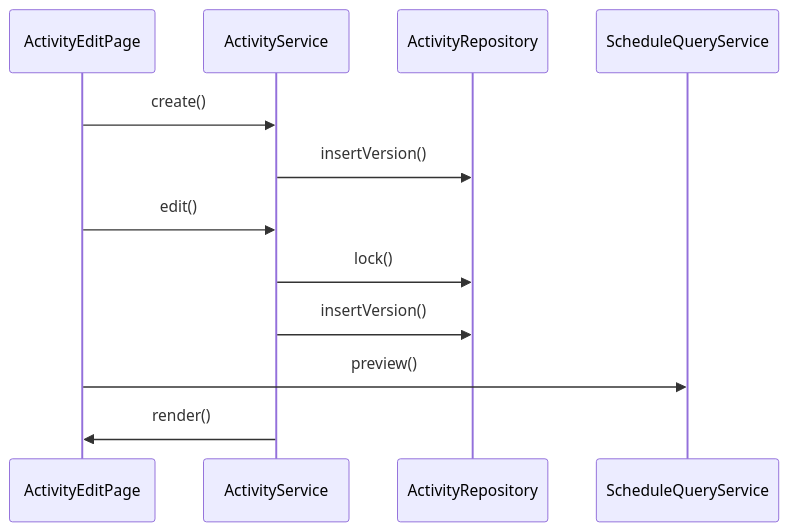
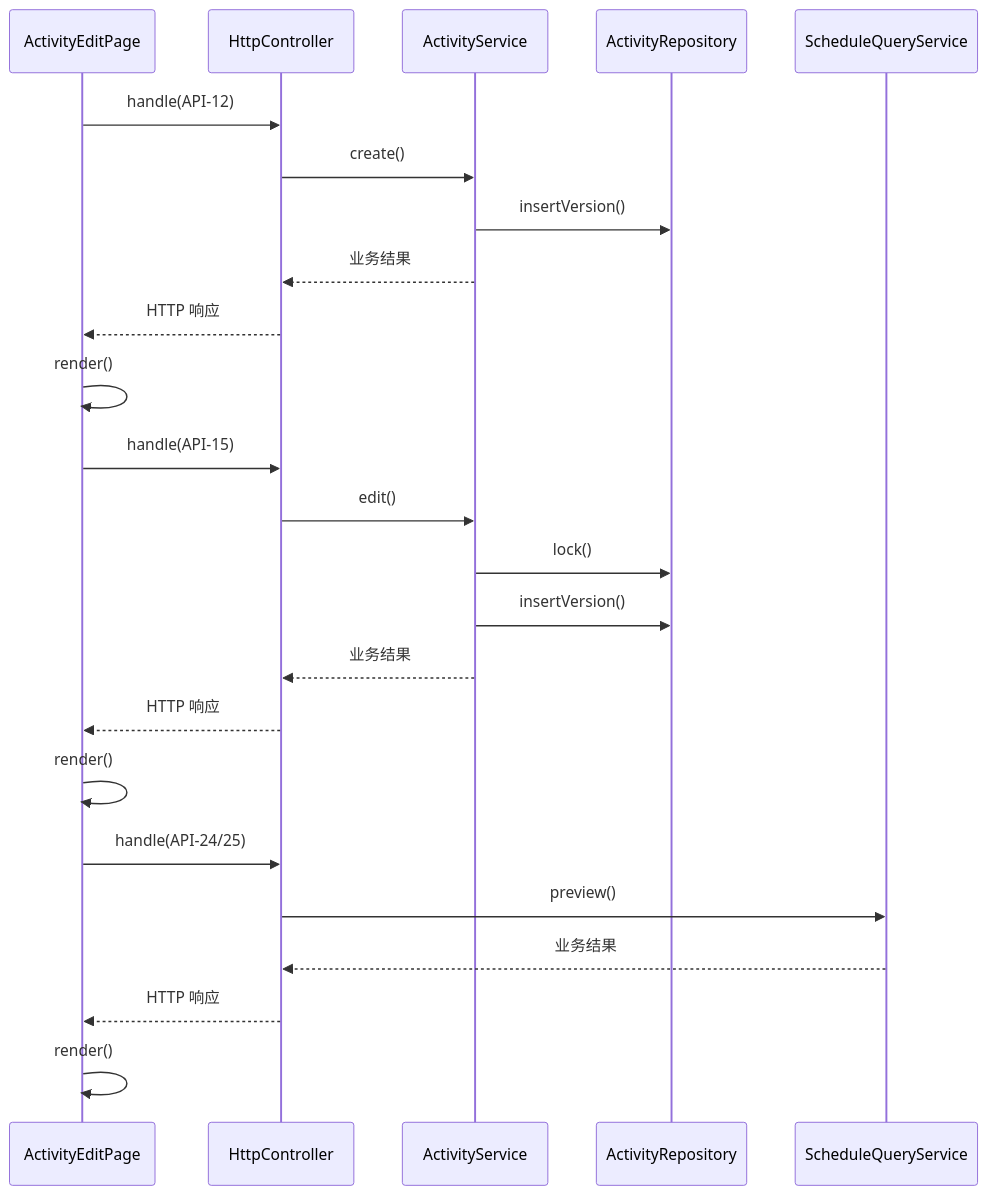
Diagram 13 of 44 in docs/design/software-design-task4.md (Rito-492/campus-sched), drawn with Mermaid before and after one commit. The commit also changed other lines of this file and 3 other files, not shown here.

Commit message:
docs: 修正任务4顺序图HTTP边界与页面调用方向

````diff
--- a/docs/design/software-design-task4.md
+++ b/docs/design/software-design-task4.md
@@ -1295,14 +1394,26 @@
 ```mermaid
 sequenceDiagram
  participant ActivityEditPage
+ participant HttpController
  participant ActivityService
  participant ActivityRepository
  participant ScheduleQueryService
- ActivityEditPage->>ActivityService: create()
+ ActivityEditPage->>HttpController: handle(API-12)
+ HttpController->>ActivityService: create()
  ActivityService->>ActivityRepository: insertVersion()
- ActivityEditPage->>ActivityService: edit()
+ ActivityService-->>HttpController: 业务结果
+ HttpController-->>ActivityEditPage: HTTP 响应
+ ActivityEditPage->>ActivityEditPage: render()
+ ActivityEditPage->>HttpController: handle(API-15)
+ HttpController->>ActivityService: edit()
  ActivityService->>ActivityRepository: lock()
  ActivityService->>ActivityRepository: insertVersion()
- ActivityEditPage->>ScheduleQueryService: preview()
- ActivityService->>ActivityEditPage: render()
+ ActivityService-->>HttpController: 业务结果
+ HttpController-->>ActivityEditPage: HTTP 响应
+ ActivityEditPage->>ActivityEditPage: render()
+ ActivityEditPage->>HttpController: handle(API-24/25)
+ HttpController->>ScheduleQueryService: preview()
+ ScheduleQueryService-->>HttpController: 业务结果
+ HttpController-->>ActivityEditPage: HTTP 响应
+ ActivityEditPage->>ActivityEditPage: render()
 ```
````
